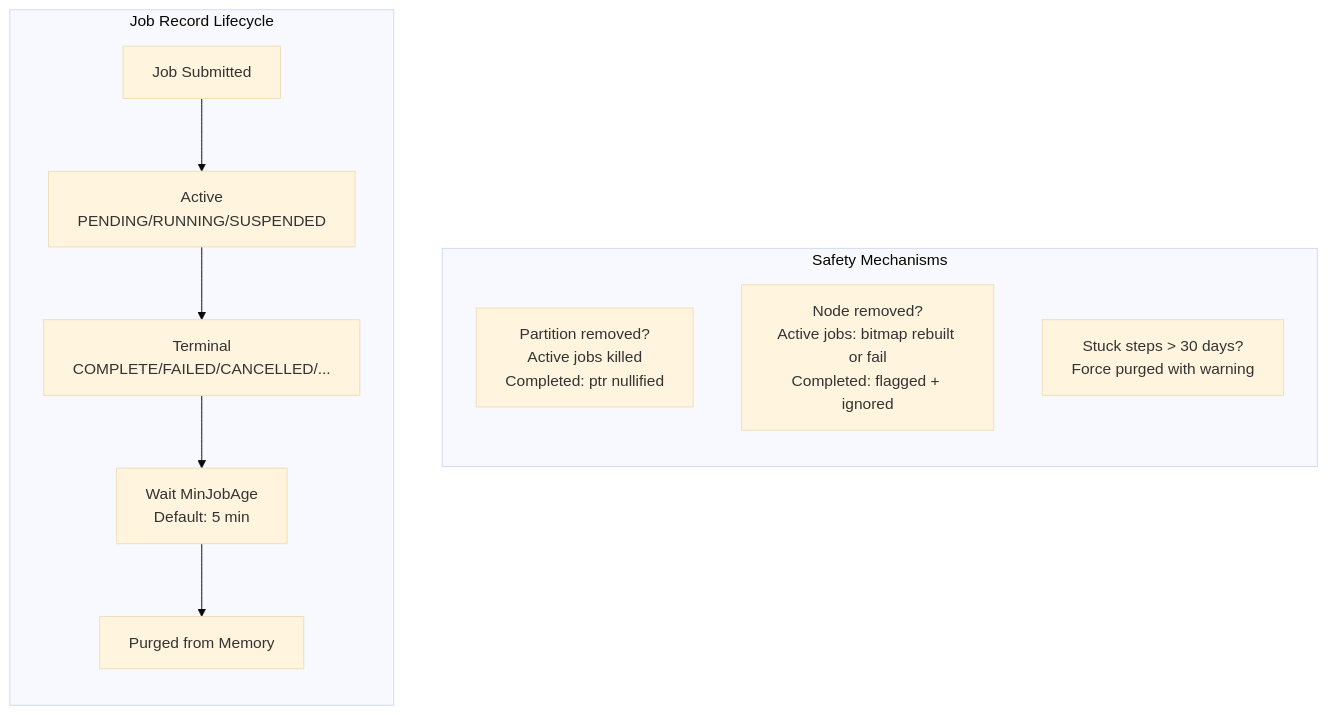
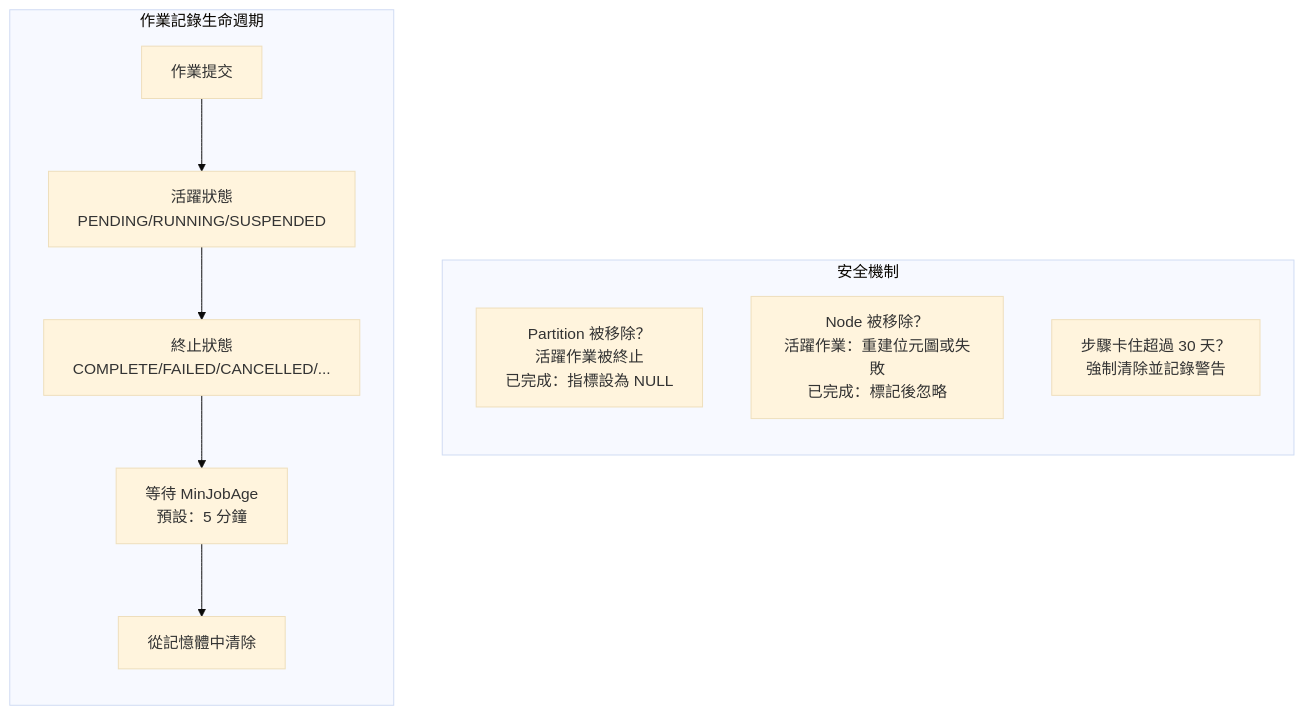
The sixth of 6 diagrams in _bmad-output/technical-reference/internals/slurm-job-state-lifecycle.md (pichiu/slurm), drawn with Mermaid (base theme) before and after one commit. The commit also changed other lines of this file, not shown here.

````diff
--- a/_bmad-output/technical-reference/internals/slurm-job-state-lifecycle.md
+++ b/_bmad-output/technical-reference/internals/slurm-job-state-lifecycle.md
@@ -392,19 +392,19 @@
 ```mermaid
 flowchart LR
-    subgraph Lifecycle["Job Record Lifecycle"]
+    subgraph Lifecycle["作業記錄生命週期"]
         direction TB
-        Submit[Job Submitted] --> Active[Active<br/>PENDING/RUNNING/SUSPENDED]
-        Active --> Terminal[Terminal<br/>COMPLETE/FAILED/CANCELLED/...]
-        Terminal --> Wait[Wait MinJobAge<br/>Default: 5 min]
-        Wait --> Purge[Purged from Memory]
+        Submit[作業提交] --> Active[活躍狀態<br/>PENDING/RUNNING/SUSPENDED]
+        Active --> Terminal[終止狀態<br/>COMPLETE/FAILED/CANCELLED/...]
+        Terminal --> Wait[等待 MinJobAge<br/>預設：5 分鐘]
+        Wait --> Purge[從記憶體中清除]
     end
 
-    subgraph Safety["Safety Mechanisms"]
+    subgraph Safety["安全機制"]
         direction TB
-        S1[Partition removed?<br/>Active jobs killed<br/>Completed: ptr nullified]
-        S2[Node removed?<br/>Active jobs: bitmap rebuilt or fail<br/>Completed: flagged + ignored]
-        S3[Stuck steps > 30 days?<br/>Force purged with warning]
+        S1[Partition 被移除？<br/>活躍作業被終止<br/>已完成：指標設為 NULL]
+        S2[Node 被移除？<br/>活躍作業：重建位元圖或失敗<br/>已完成：標記後忽略]
+        S3[步驟卡住超過 30 天？<br/>強制清除並記錄警告]
     end
 
     Lifecycle ~~~ Safety
 ```
````
